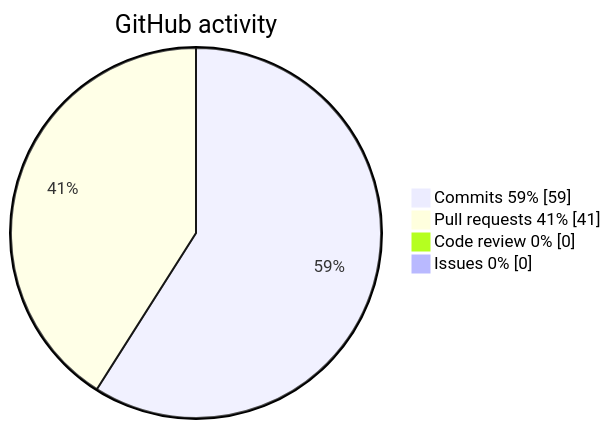
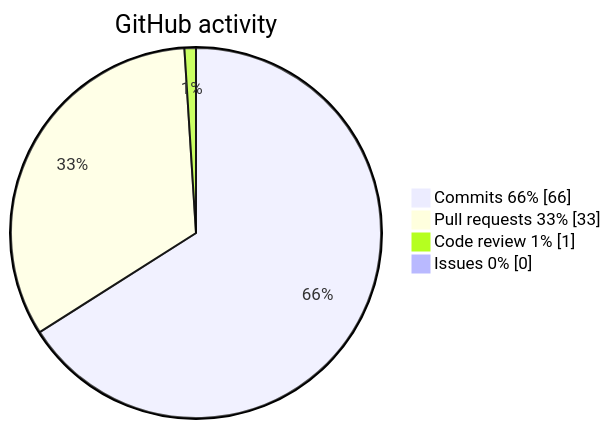
The diagram in README.en.md (krotname/KrotName), drawn with Mermaid before and after one commit. The commit also changed other lines of this file and 1 other file, not shown here.

Commit message:
Update profile metrics

````diff
--- a/README.en.md
+++ b/README.en.md
@@ -48,8 +48,8 @@
 ```mermaid
 pie showData
     title GitHub activity
-    "Commits 59%" : 59
-    "Pull requests 41%" : 41
-    "Code review 0%" : 0
+    "Commits 66%" : 66
+    "Pull requests 33%" : 33
+    "Code review 1%" : 1
     "Issues 0%" : 0
 ```
````
